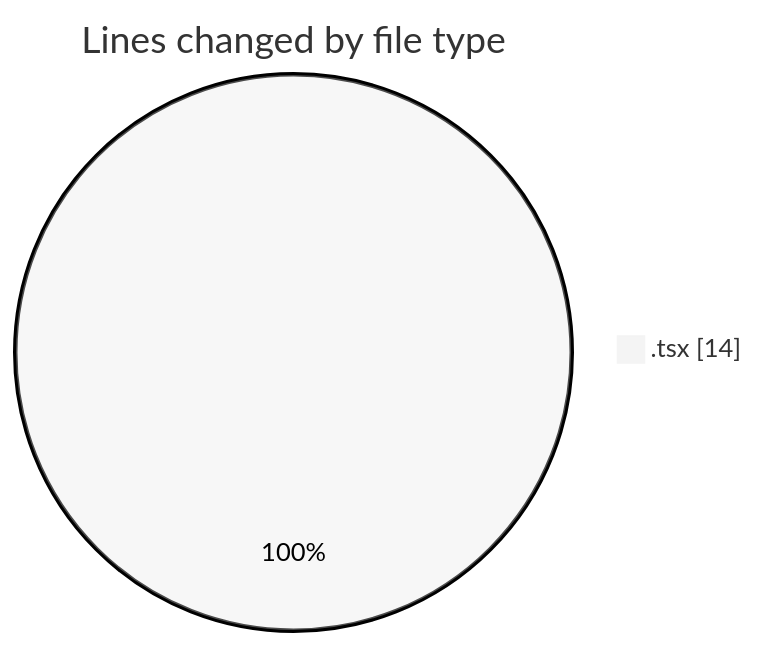
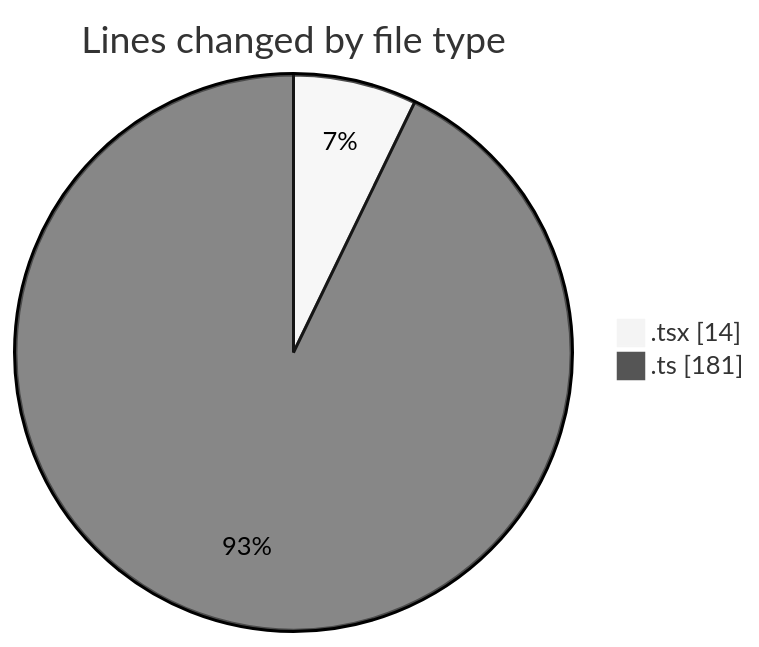
The first of 2 diagrams in 2025-10-08/eventscop-frontend-guide__workspace_/README.md (julien-gomy/code-tracking), drawn with Mermaid (neutral theme) before and after one commit. The commit also changed other lines of this file and 1 other file, not shown here.

````diff
--- a/2025-10-08/eventscop-frontend-guide__workspace_/README.md
+++ b/2025-10-08/eventscop-frontend-guide__workspace_/README.md
@@ -20,5 +21,6 @@
 ```mermaid
 pie showData
 title Lines changed by file type
 ".tsx" : 14
+".ts" : 181
 ```
````
